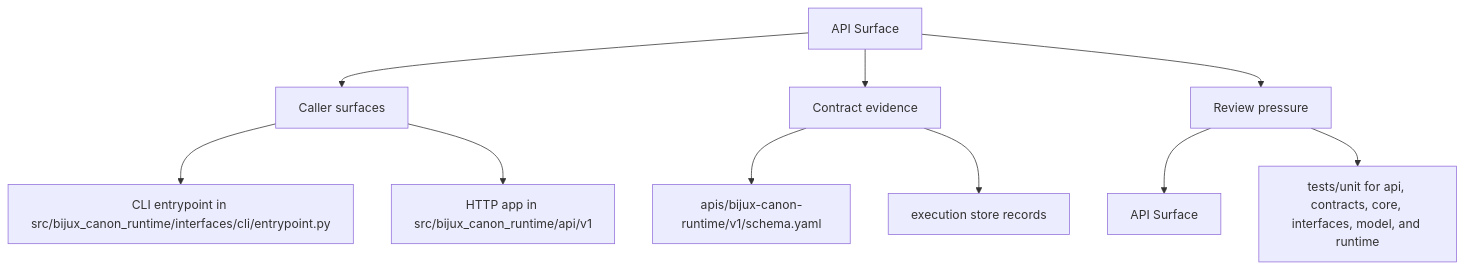
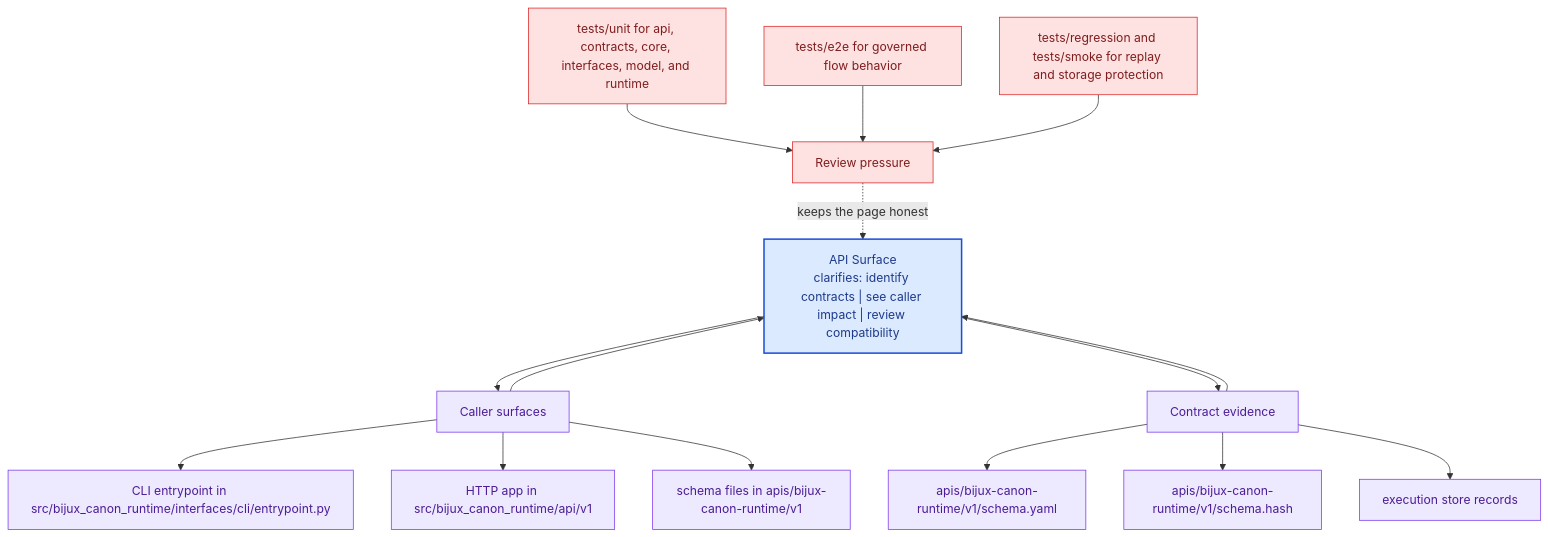
Before and after one commit to bijux/bijux-canon: the second of 2 diagrams in docs/bijux-canon-runtime/interfaces/api-surface.md, drawn with Mermaid. The commit also changed other lines of this file and 281 other files, not shown here.

Commit message:
docs(diagrams): deepen handbook mermaid maps across the catalog

````diff
--- a/docs/bijux-canon-runtime/interfaces/api-surface.md
+++ b/docs/bijux-canon-runtime/interfaces/api-surface.md
@@ -35,22 +68,41 @@
 ```mermaid
-flowchart TD
-    page["API Surface"]
+flowchart TB
+    promise["API Surface<br/>clarifies: identify contracts | see caller impact | review compatibility"]
+    classDef promise fill:#dbeafe,stroke:#1d4ed8,color:#1e3a8a,stroke-width:2px;
+    classDef driver fill:#dcfce7,stroke:#16a34a,color:#14532d;
+    classDef constraint fill:#fee2e2,stroke:#dc2626,color:#7f1d1d;
+    classDef ground fill:#ede9fe,stroke:#7c3aed,color:#4c1d95;
     focus1["Caller surfaces"]
-    page --> focus1
+    focus1 --> promise
+    promise --> focus1
     focus1_1["CLI entrypoint in src/bijux_canon_runtime/interfaces/cli/entrypoint.py"]
     focus1 --> focus1_1
     focus1_2["HTTP app in src/bijux_canon_runtime/api/v1"]
     focus1 --> focus1_2
+    focus1_3["schema files in apis/bijux-canon-runtime/v1"]
+    focus1 --> focus1_3
+    class focus1 ground;
+    class focus1_1,focus1_2,focus1_3 ground;
     focus2["Contract evidence"]
-    page --> focus2
+    focus2 --> promise
+    promise --> focus2
     focus2_1["apis/bijux-canon-runtime/v1/schema.yaml"]
     focus2 --> focus2_1
-    focus2_2["execution store records"]
+    focus2_2["apis/bijux-canon-runtime/v1/schema.hash"]
     focus2 --> focus2_2
+    focus2_3["execution store records"]
+    focus2 --> focus2_3
+    class focus2 ground;
+    class focus2_1,focus2_2,focus2_3 ground;
     focus3["Review pressure"]
-    page --> focus3
-    focus3_1["API Surface"]
-    focus3 --> focus3_1
-    focus3_2["tests/unit for api, contracts, core, interfaces, model, and runtime"]
-    focus3 --> focus3_2
+    focus3 -.keeps the page honest.-> promise
+    focus3_1["tests/unit for api, contracts, core, interfaces, model, and runtime"]
+    focus3_1 --> focus3
+    focus3_2["tests/e2e for governed flow behavior"]
+    focus3_2 --> focus3
+    focus3_3["tests/regression and tests/smoke for replay and storage protection"]
+    focus3_3 --> focus3
+    class focus3 constraint;
+    class focus3_1,focus3_2,focus3_3 constraint;
+    class promise promise;
 ```
````
